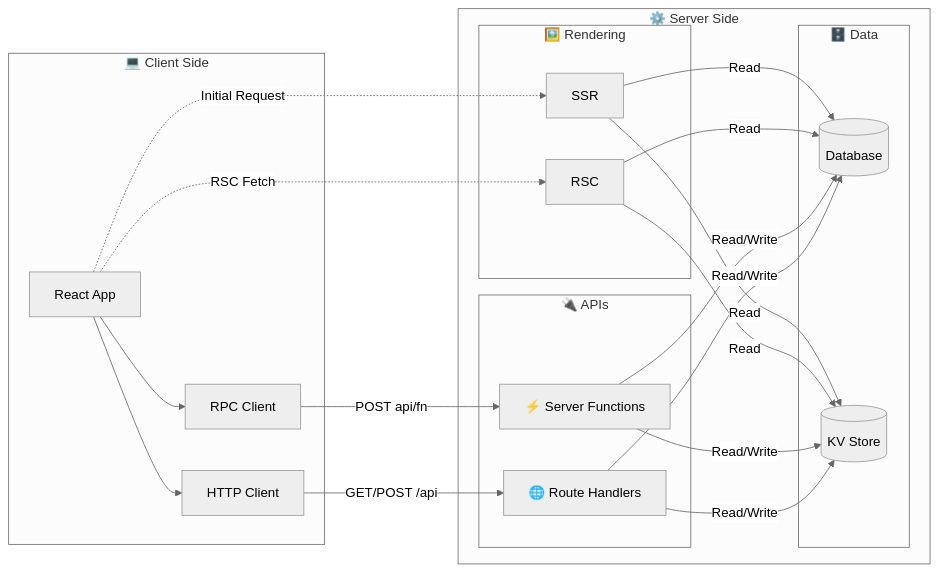
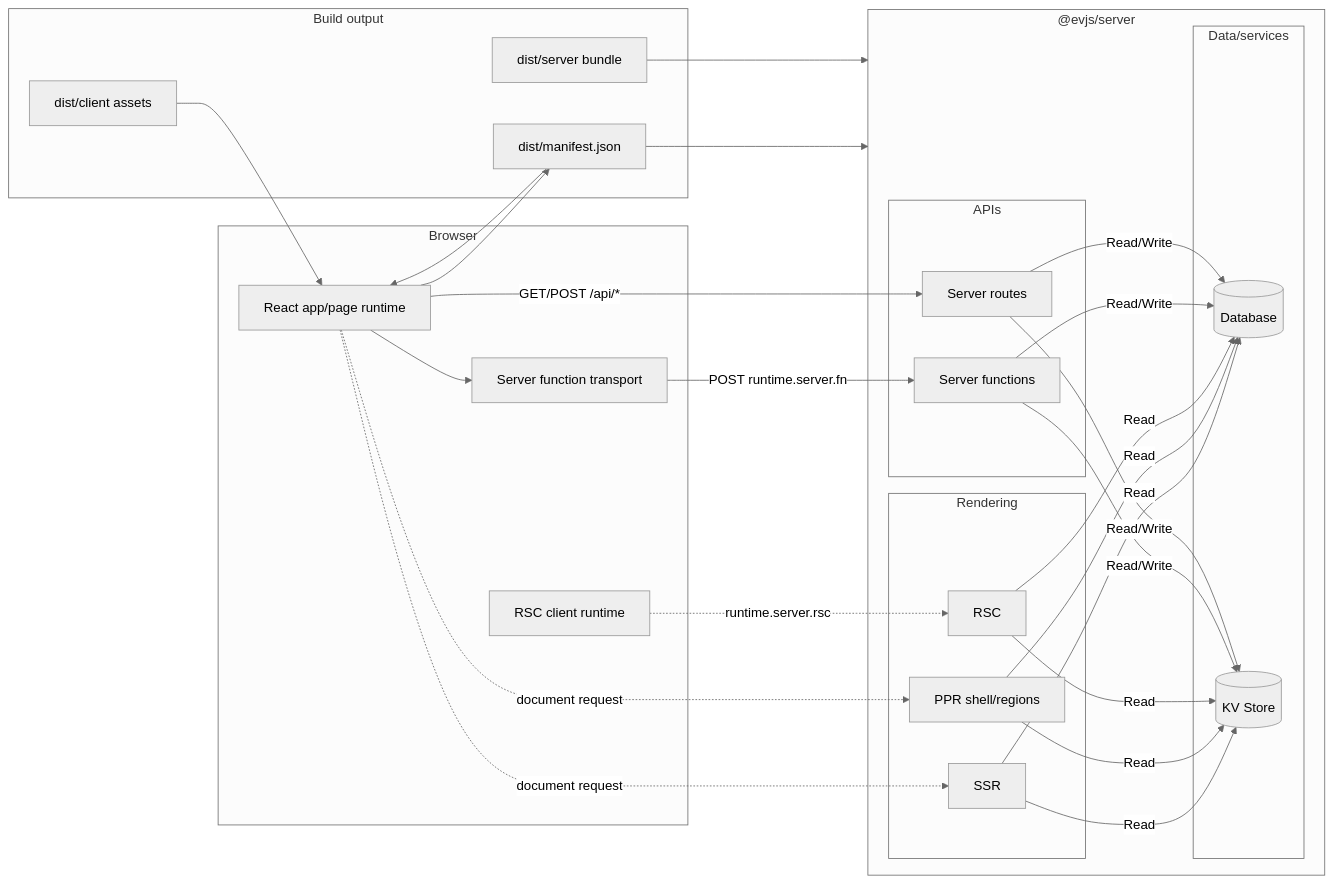
The diagram in docs/docs/overview.md (binhanchen25-arch/evjs), drawn with Mermaid (neutral theme) before and after one commit. The commit also changed other lines of this file and 400 other files, not shown here.

Commit message:
feat: implement graph-driven framework architecture (#18)

````diff
--- a/docs/docs/overview.md
+++ b/docs/docs/overview.md
@@ -21,41 +31,56 @@
 ```mermaid
 flowchart LR
-    subgraph ClientSide ["💻 Client Side"]
-        UI["React App"]
-        RPC["RPC Client"]
-        FETCH["HTTP Client"]
+    subgraph Browser ["Browser"]
+        UI["React app/page runtime"]
+        RPC["Server function transport"]
+        RSCClient["RSC client runtime"]
     end
 
-    subgraph ServerSide ["⚙️ Server Side"]
-        subgraph RenderingLayer ["🖼️ Rendering"]
+    subgraph Server ["@evjs/server"]
+        subgraph Rendering ["Rendering"]
             SSR["SSR"]
+            PPR["PPR shell/regions"]
             RSC["RSC"]
         end
 
-        subgraph APILayer ["🔌 APIs"]
-            SF["⚡ Server Functions"]
-            RH["🌐 Route Handlers"]
+        subgraph APIs ["APIs"]
+            SF["Server functions"]
+            RH["Server routes"]
         end
 
-        subgraph DataLayer ["🗄️ Data"]
+        subgraph Data ["Data/services"]
             DB[("Database")]
             KV[("KV Store")]
         end
     end
 
+    subgraph Build ["Build output"]
+        MANIFEST["dist/manifest.json"]
+        ASSETS["dist/client assets"]
+        SERVERBUNDLE["dist/server bundle"]
+    end
+
+    UI --> MANIFEST
+    UI --> RPC
+    UI -.->|"document request"| SSR
+    UI -.->|"document request"| PPR
+    RSCClient -.->|"runtime.server.rsc"| RSC
+
     SSR -->|Read| DB
     SSR -->|Read| KV
+    PPR -->|Read| DB
+    PPR -->|Read| KV
     RSC -->|Read| DB
     RSC -->|Read| KV
     SF -->|Read/Write| DB
     SF -->|Read/Write| KV
     RH -->|Read/Write| DB
     RH -->|Read/Write| KV
 
-    UI --> RPC
-    UI --> FETCH
-    UI -.->|Initial Request| SSR
-    UI -.->|RSC Fetch| RSC
-    RPC -->|POST api/fn| SF
-    FETCH -->|GET/POST /api| RH
+    RPC -->|"POST runtime.server.fn"| SF
+    UI -->|"GET/POST /api/*"| RH
+    MANIFEST --> UI
+    MANIFEST --> Server
+    ASSETS --> UI
+    SERVERBUNDLE --> Server
 ```
````
